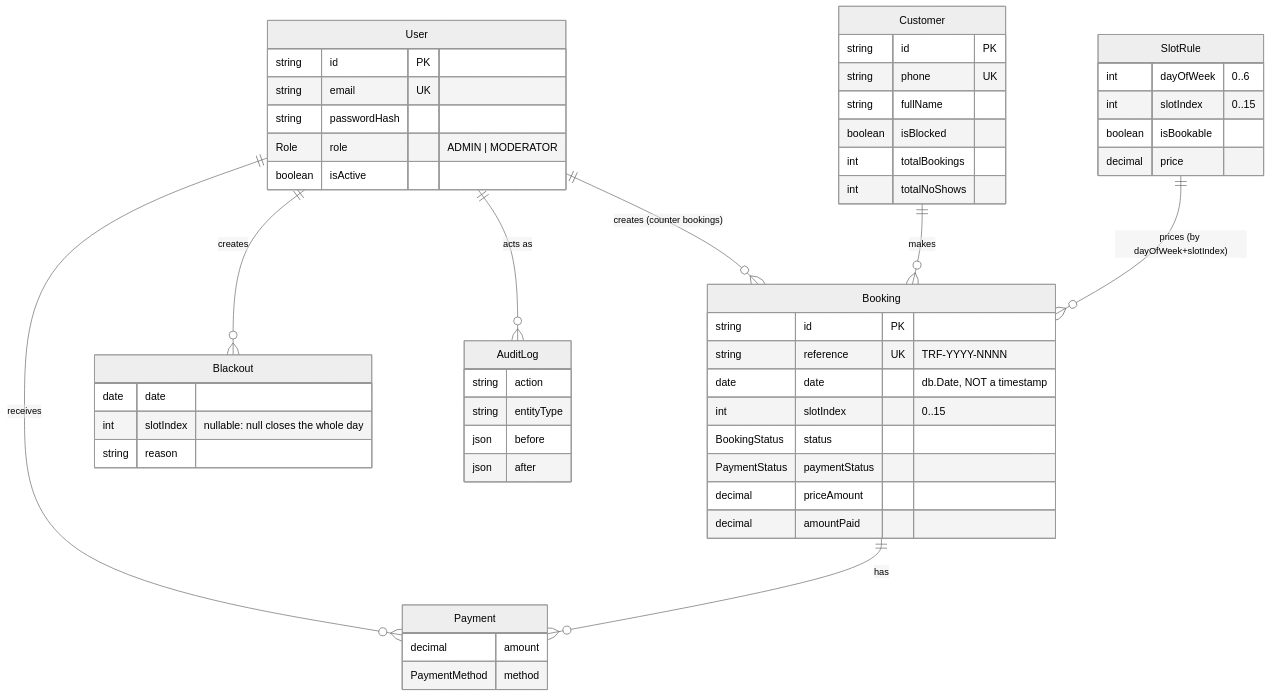
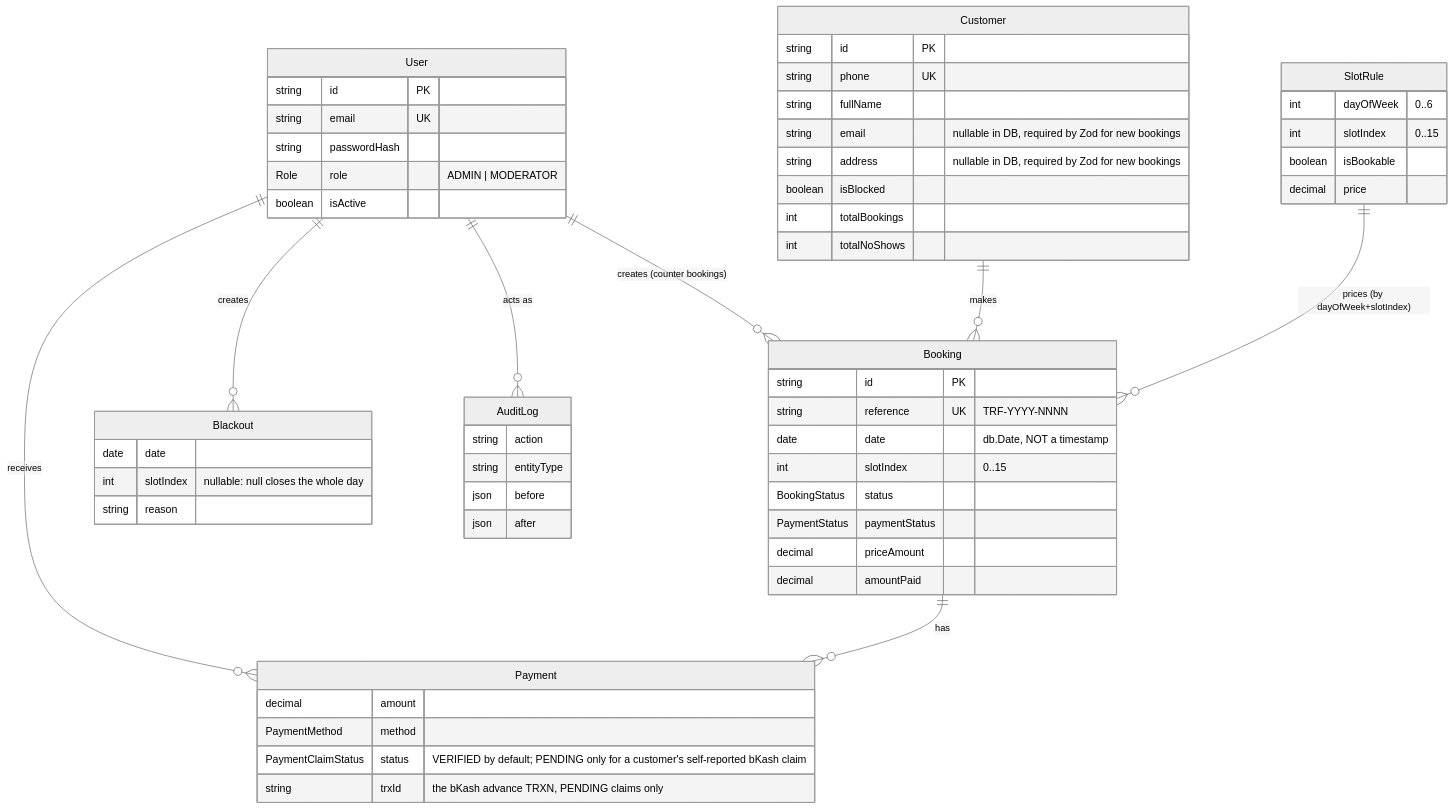
Before and after one commit to connectfazla/turfly: the third of 4 diagrams in README.md, drawn with Mermaid (neutral theme). The commit also changed other lines of this file and 31 other files, not shown here.

````diff
--- a/README.md
+++ b/README.md
@@ -185,57 +220,61 @@
 ```mermaid
 erDiagram
     User ||--o{ Booking : "creates (counter bookings)"
     User ||--o{ Payment : "receives"
     User ||--o{ Blackout : "creates"
     User ||--o{ AuditLog : "acts as"
     Customer ||--o{ Booking : "makes"
     Booking ||--o{ Payment : "has"
     SlotRule ||--o{ Booking : "prices (by dayOfWeek+slotIndex)"
 
     User {
         string id PK
         string email UK
         string passwordHash
         Role role "ADMIN | MODERATOR"
         boolean isActive
     }
     Customer {
         string id PK
         string phone UK
         string fullName
+        string email "nullable in DB, required by Zod for new bookings"
+        string address "nullable in DB, required by Zod for new bookings"
         boolean isBlocked
         int totalBookings
         int totalNoShows
     }
     Booking {
         string id PK
         string reference UK "TRF-YYYY-NNNN"
         date date "db.Date, NOT a timestamp"
         int slotIndex "0..15"
         BookingStatus status
         PaymentStatus paymentStatus
         decimal priceAmount
         decimal amountPaid
     }
     SlotRule {
         int dayOfWeek "0..6"
         int slotIndex "0..15"
         boolean isBookable
         decimal price
     }
     Blackout {
         date date
         int slotIndex "nullable: null closes the whole day"
         string reason
     }
     Payment {
         decimal amount
         PaymentMethod method
+        PaymentClaimStatus status "VERIFIED by default; PENDING only for a customer's self-reported bKash claim"
+        string trxId "the bKash advance TRXN, PENDING claims only"
     }
     AuditLog {
         string action
         string entityType
         json before
         json after
     }
 ```
````
